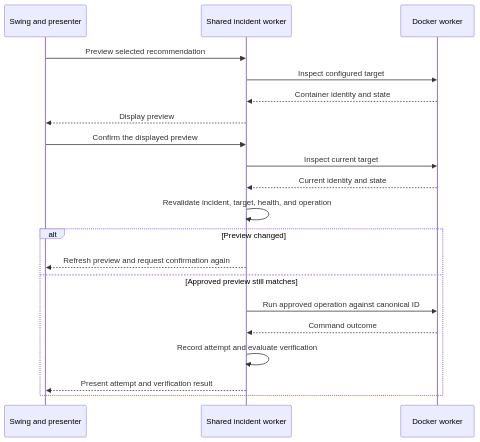
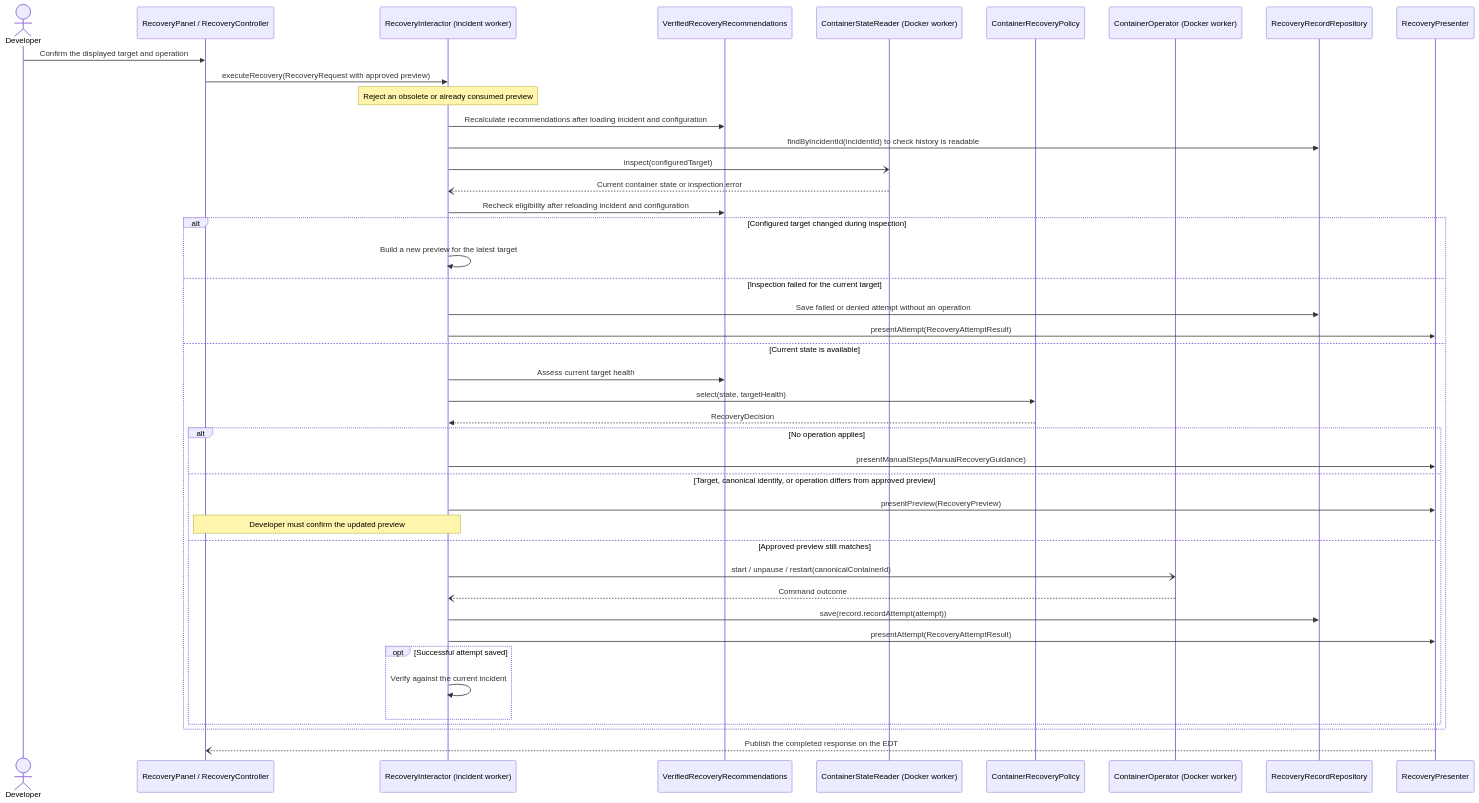
The fourth of 5 diagrams in docs/uc4-recover-service.md (CSC207-0201-Team14/team-project), drawn with Mermaid before and after one commit. The commit also changed other lines of this file and 1 other file, not shown here.

Commit message:
Restore and update the UC4 architecture guide

````diff
--- a/docs/uc4-recover-service.md
+++ b/docs/uc4-recover-service.md
@@ -33,22 +310,46 @@
 ```mermaid
 sequenceDiagram
-    participant EDT as Swing and presenter
-    participant I as Shared incident worker
-    participant D as Docker worker
-    EDT->>I: Preview selected recommendation
-    I->>D: Inspect configured target
-    D-->>I: Container identity and state
-    I-->>EDT: Display preview
-    EDT->>I: Confirm the displayed preview
-    I->>D: Inspect current target
-    D-->>I: Current identity and state
-    I->>I: Revalidate incident, target, health, and operation
-    alt Preview changed
-        I-->>EDT: Refresh preview and request confirmation again
-    else Approved preview still matches
-        I->>D: Run approved operation against canonical ID
-        D-->>I: Command outcome
-        I->>I: Record attempt and evaluate verification
-        I-->>EDT: Present attempt and verification result
+    actor Dev as Developer
+    participant UI as RecoveryPanel / RecoveryController
+    participant I as RecoveryInteractor (incident worker)
+    participant Q as VerifiedRecoveryRecommendations
+    participant CS as ContainerStateReader (Docker worker)
+    participant P as ContainerRecoveryPolicy
+    participant CO as ContainerOperator (Docker worker)
+    participant RR as RecoveryRecordRepository
+    participant O as RecoveryPresenter
+
+    Dev->>UI: Confirm the displayed target and operation
+    UI->>I: executeRecovery(RecoveryRequest with approved preview)
+    Note over I: Reject an obsolete or already consumed preview
+    I->>Q: Recalculate recommendations after loading incident and configuration
+    I->>RR: findByIncidentId(incidentId) to check history is readable
+    I-)CS: inspect(configuredTarget)
+    CS--)I: Current container state or inspection error
+    I->>Q: Recheck eligibility after reloading incident and configuration
+    alt Configured target changed during inspection
+        I->>I: Build a new preview for the latest target
+    else Inspection failed for the current target
+        I->>RR: Save failed or denied attempt without an operation
+        I->>O: presentAttempt(RecoveryAttemptResult)
+    else Current state is available
+        I->>Q: Assess current target health
+        I->>P: select(state, targetHealth)
+        P-->>I: RecoveryDecision
+        alt No operation applies
+            I->>O: presentManualSteps(ManualRecoveryGuidance)
+        else Target, canonical identity, or operation differs from approved preview
+            I->>O: presentPreview(RecoveryPreview)
+            Note over UI,I: Developer must confirm the updated preview
+        else Approved preview still matches
+            I-)CO: start / unpause / restart(canonicalContainerId)
+            CO--)I: Command outcome
+            I->>RR: save(record.recordAttempt(attempt))
+            I->>O: presentAttempt(RecoveryAttemptResult)
+            opt Successful attempt saved
+                I->>I: Verify against the current incident
+            end
+        end
     end
+    O--)UI: Publish the completed response on the EDT
 ```
````
